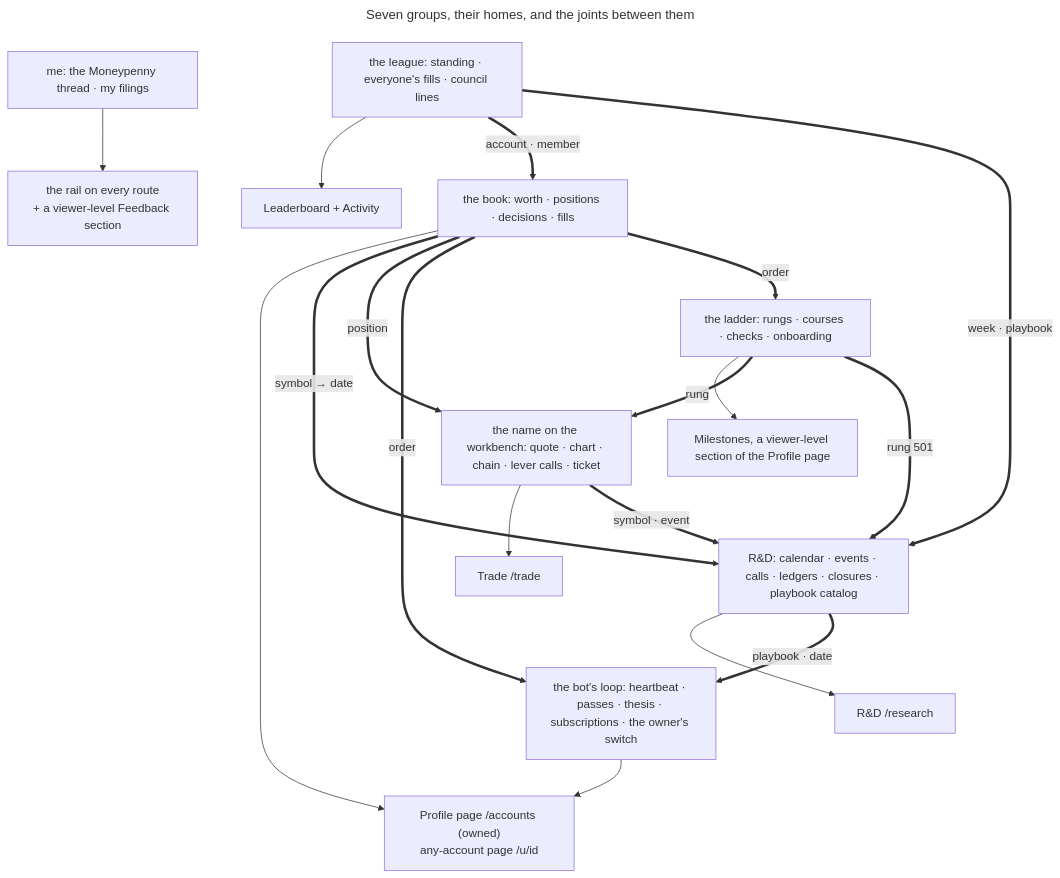
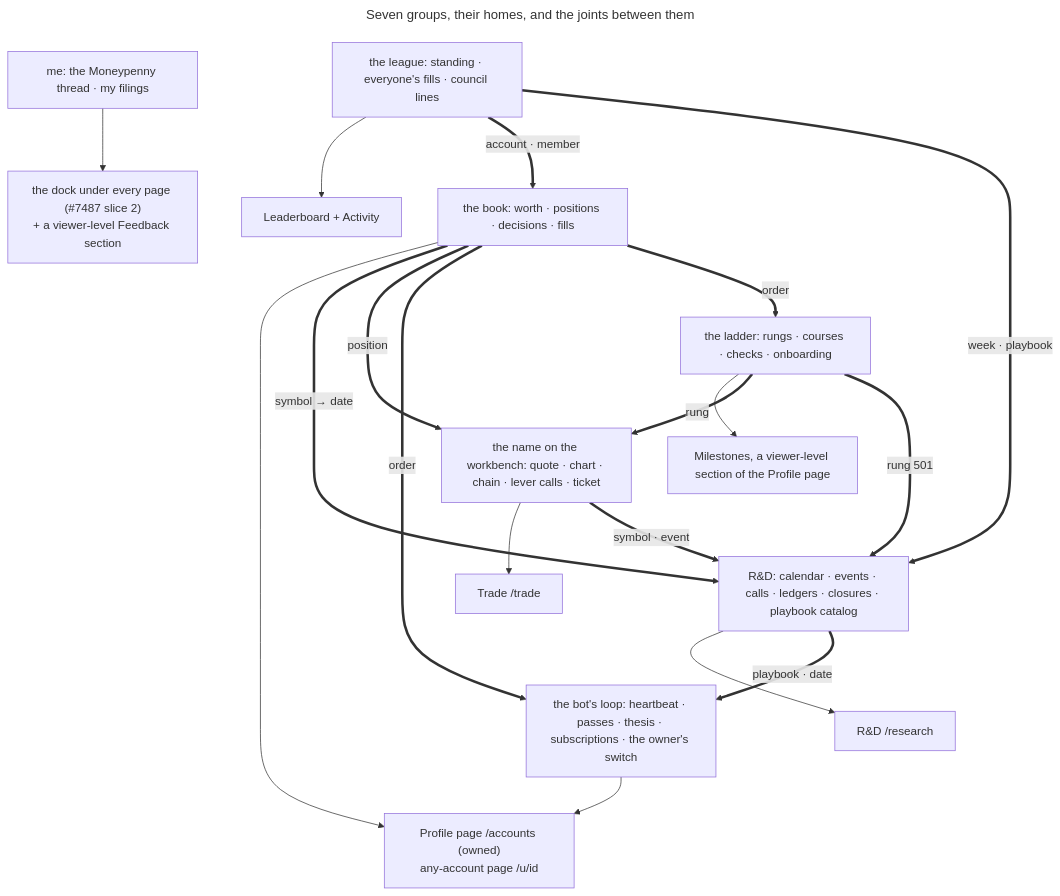
One commit to ejclark/skynet-capital changed the second of 2 diagrams in docs/IA.md. Above: the diagram before and after it, drawn with Mermaid. The commit also changed other lines of this file and 64 other files, not shown here.

First line of the commit message:
fix(moneypenny): dock review findings, and everything off the rail (#7487 slice 2)

````diff
--- a/docs/IA.md
+++ b/docs/IA.md
@@ -1126,25 +1131,25 @@
 ```mermaid
 ---
 title: Seven groups, their homes, and the joints between them
 ---
 flowchart TD
     accTitle: The wargamed grouping and its homes
     accDescr: Each group points at the one page that is its home. The thick labelled edges are the joints, the keys two groups share, rendered on each other's page as a field, a row or a link, never as a second copy of a section.
     BOOK["the book: worth · positions · decisions · fills"] --> PROFILE["Profile page /accounts (owned)<br/>any-account page /u/id"]
     LOOP["the bot's loop: heartbeat · passes · thesis · subscriptions · the owner's switch"] --> PROFILE
     NAME["the name on the workbench: quote · chart · chain · lever calls · ticket"] --> TRADE["Trade /trade"]
     RD["R&D: calendar · events · calls · ledgers · closures · playbook catalog"] --> RESEARCH["R&D /research"]
     LADDER["the ladder: rungs · courses · checks · onboarding"] --> MILESTONES["Milestones, a viewer-level section of the Profile page"]
-    ME["me: the Moneypenny thread · my filings"] --> RAIL["the rail on every route<br/>+ a viewer-level Feedback section"]
+    ME["me: the Moneypenny thread · my filings"] --> RAIL["the dock under every page (#7487 slice 2)<br/>+ a viewer-level Feedback section"]
     LEAGUE["the league: standing · everyone's fills · council lines"] --> LEAGUEPAGE["Leaderboard + Activity"]
     BOOK ==>|"symbol → date"| RD
     BOOK ==>|"position"| NAME
     NAME ==>|"symbol · event"| RD
     RD ==>|"playbook · date"| LOOP
     BOOK ==>|"order"| LOOP
     BOOK ==>|"order"| LADDER
     LADDER ==>|"rung"| NAME
     LADDER ==>|"rung 501"| RD
     LEAGUE ==>|"account · member"| BOOK
     LEAGUE ==>|"week · playbook"| RD
 ```
````
